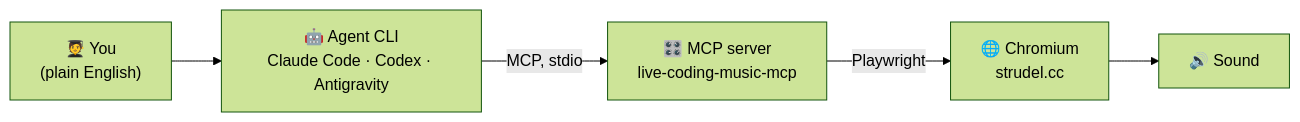
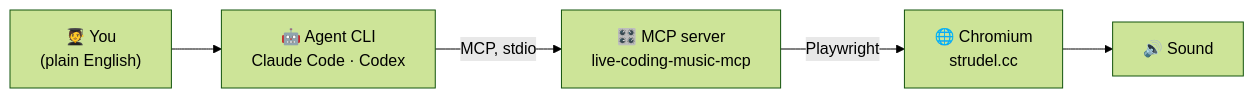
One commit to simonebonato/exploration-week-strudel-mcp changed the diagram in README.md. Above: the diagram before and after it, drawn with Mermaid (forest theme). The commit also changed other lines of this file and 25 other files, not shown here.

````diff
--- a/README.md
+++ b/README.md
@@ -12,7 +15,7 @@
 ```mermaid
 flowchart LR
-    A["🧑‍🎓 You<br/>(plain English)"] --> B["🤖 Agent CLI<br/>Claude Code · Codex · Antigravity"]
+    A["🧑‍🎓 You<br/>(plain English)"] --> B["🤖 Agent CLI<br/>Claude Code · Codex"]
     B -->|MCP, stdio| C["🎛️ MCP server<br/>live-coding-music-mcp"]
     C -->|Playwright| D["🌐 Chromium<br/>strudel.cc"]
     D --> E["🔊 Sound"]
 ```
````
